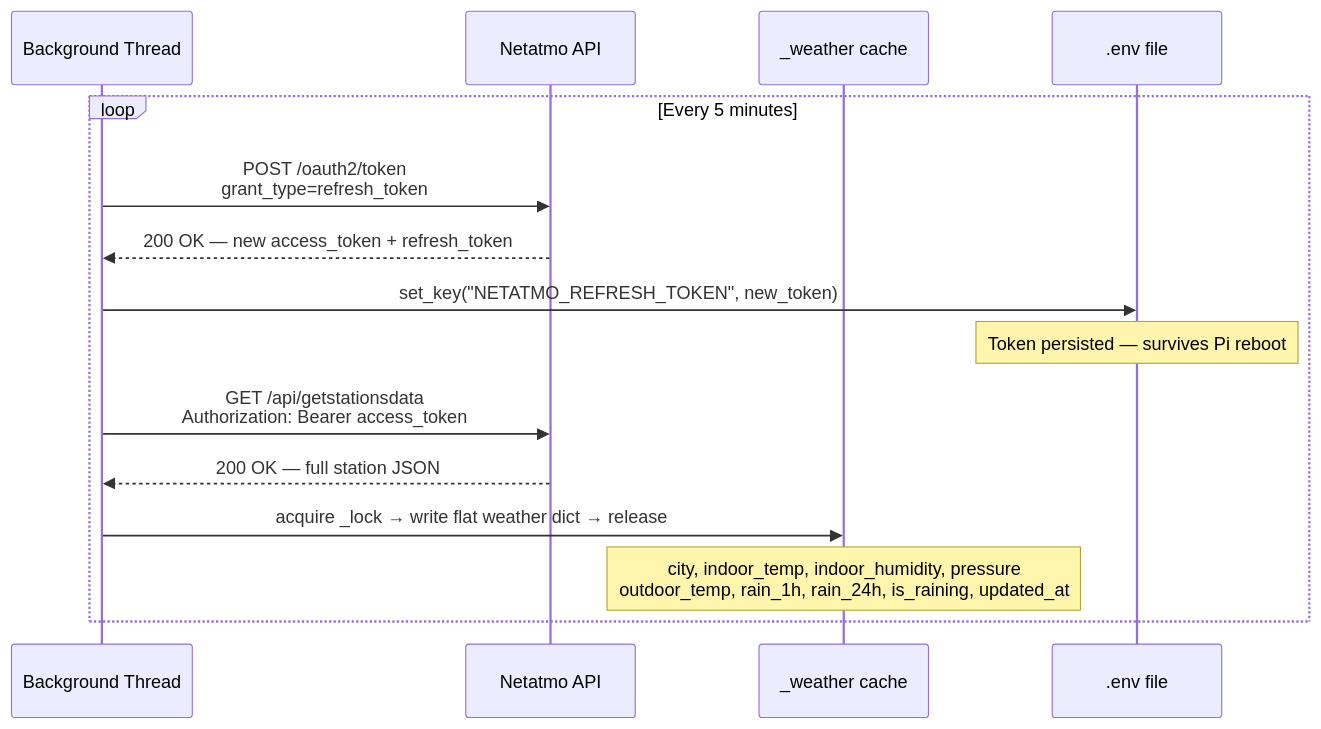
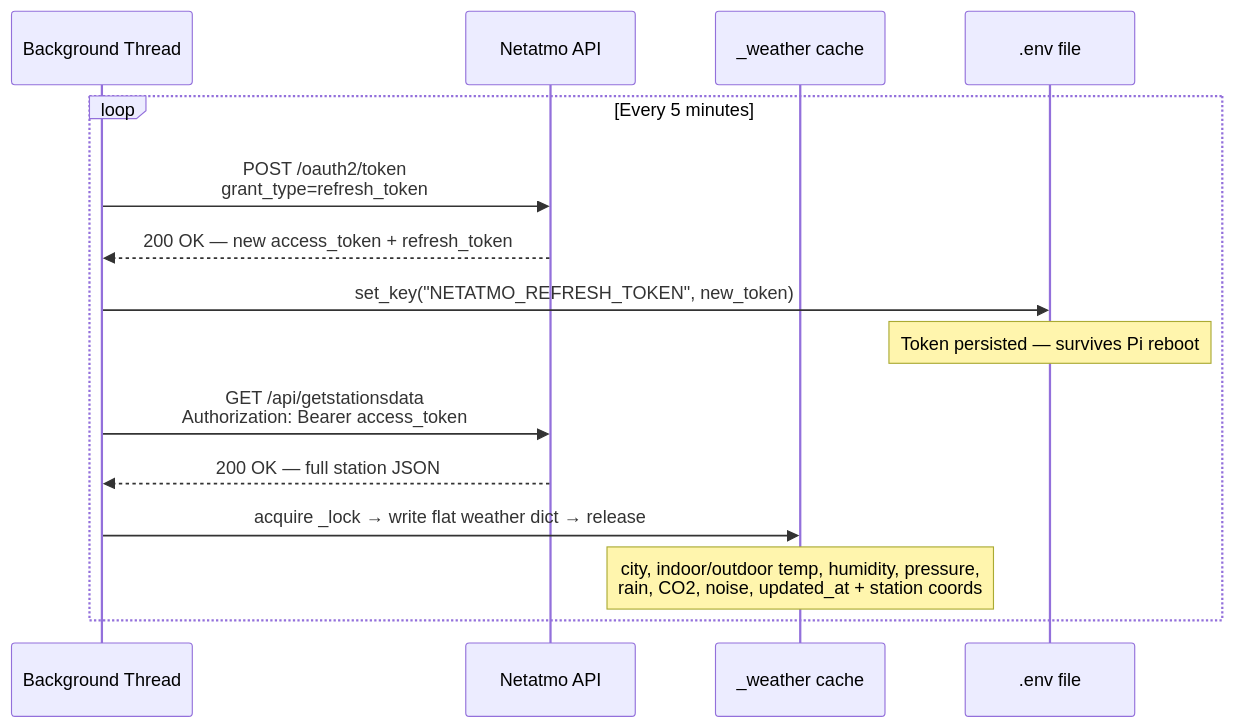
Before and after one commit to vcchstrandberg/netatmo-home-hub: the third of 4 diagrams in docs/architecture.md, drawn with Mermaid. The commit also changed other lines of this file and 2 other files, not shown here.

````diff
--- a/docs/architecture.md
+++ b/docs/architecture.md
@@ -71,21 +75,21 @@
 ```mermaid
 sequenceDiagram
     participant T as Background Thread
     participant N as Netatmo API
     participant W as _weather cache
     participant E as .env file
 
     loop Every 5 minutes
         T->>N: POST /oauth2/token<br/>grant_type=refresh_token
         N-->>T: 200 OK — new access_token + refresh_token
 
         T->>E: set_key("NETATMO_REFRESH_TOKEN", new_token)
         Note over E: Token persisted — survives Pi reboot
 
         T->>N: GET /api/getstationsdata<br/>Authorization: Bearer access_token
         N-->>T: 200 OK — full station JSON
 
         T->>W: acquire _lock → write flat weather dict → release
-        Note over W: city, indoor_temp, indoor_humidity, pressure<br/>outdoor_temp, rain_1h, rain_24h, is_raining, updated_at
+        Note over W: city, indoor/outdoor temp, humidity, pressure,<br/>rain, CO2, noise, updated_at + station coords
     end
 ```
````
